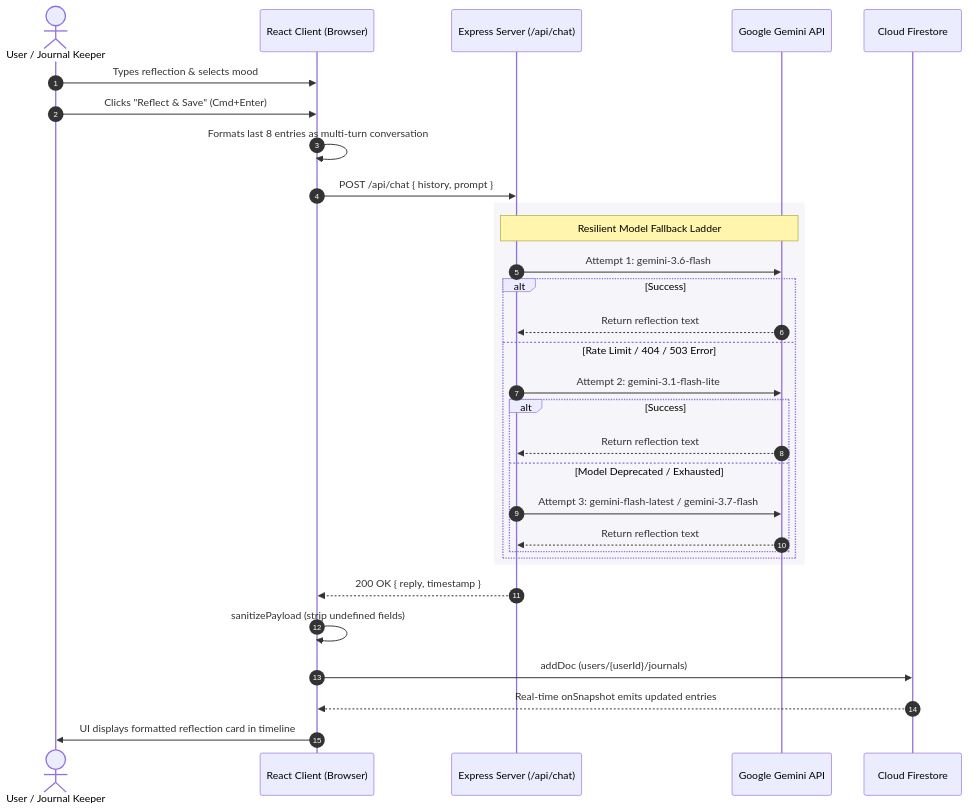
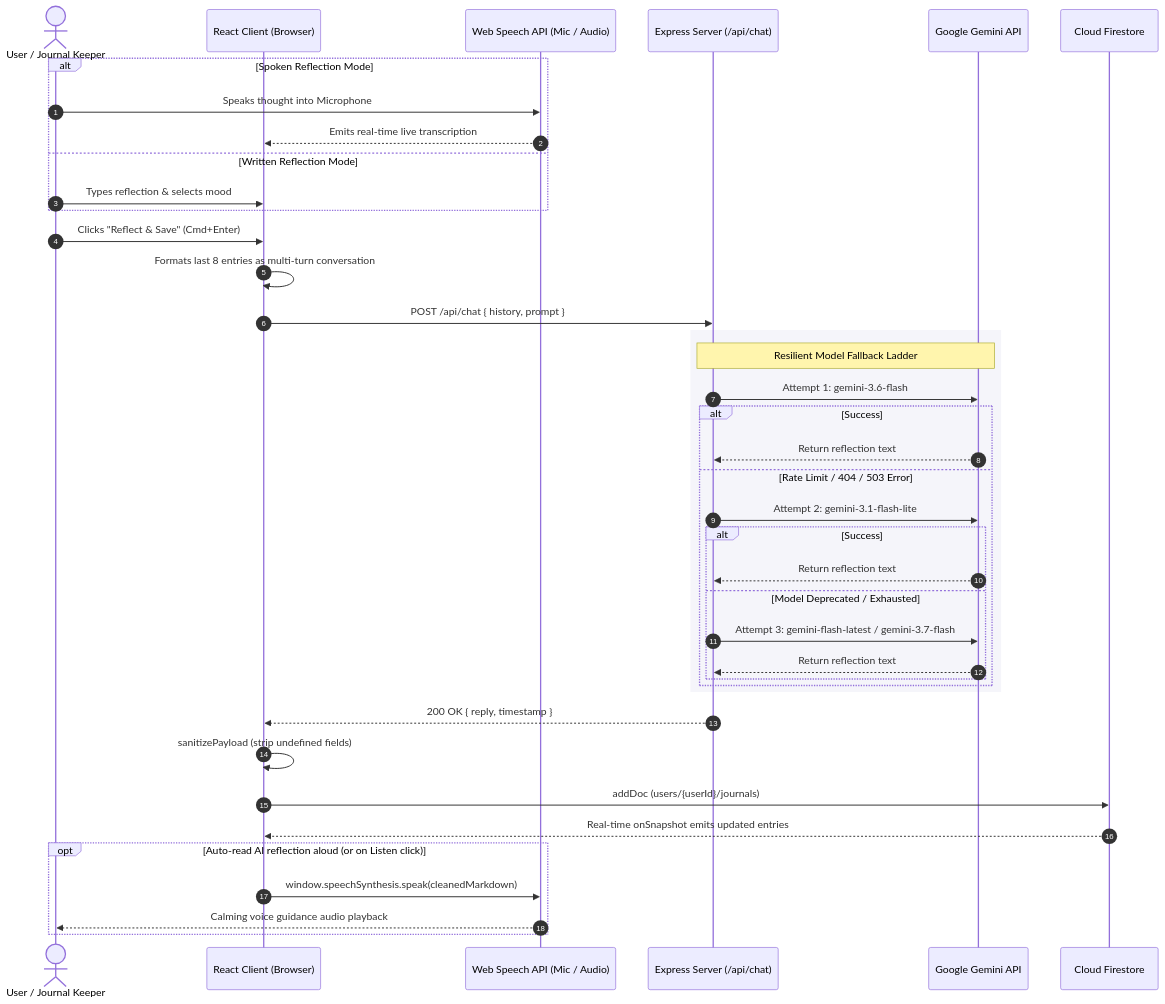
The second of 2 diagrams in README.md (tajpriyadarshi/Reflect-AI), drawn with Mermaid before and after one commit. The commit also changed other lines of this file and 10 other files, not shown here.

First line of the commit message:
feat: integrate Web Speech API for voice support

````diff
--- a/README.md
+++ b/README.md
@@ -47,36 +51,47 @@
 ```mermaid
 sequenceDiagram
     autonumber
     actor User as User / Journal Keeper
     participant Client as React Client (Browser)
+    participant Speech as Web Speech API (Mic / Audio)
     participant Server as Express Server (/api/chat)
     participant Gemini as Google Gemini API
     participant Firestore as Cloud Firestore
 
-    User->>Client: Types reflection & selects mood
+    alt Spoken Reflection Mode
+        User->>Speech: Speaks thought into Microphone
+        Speech-->>Client: Emits real-time live transcription
+    else Written Reflection Mode
+        User->>Client: Types reflection & selects mood
+    end
+
     User->>Client: Clicks "Reflect & Save" (Cmd+Enter)
     Client->>Client: Formats last 8 entries as multi-turn conversation
     Client->>Server: POST /api/chat { history, prompt }
     
     rect rgb(245, 245, 250)
         Note over Server,Gemini: Resilient Model Fallback Ladder
         Server->>Gemini: Attempt 1: gemini-3.6-flash
         alt Success
             Gemini-->>Server: Return reflection text
         else Rate Limit / 404 / 503 Error
             Server->>Gemini: Attempt 2: gemini-3.1-flash-lite
             alt Success
                 Gemini-->>Server: Return reflection text
             else Model Deprecated / Exhausted
                 Server->>Gemini: Attempt 3: gemini-flash-latest / gemini-3.7-flash
                 Gemini-->>Server: Return reflection text
             end
         end
     end
 
     Server-->>Client: 200 OK { reply, timestamp }
     Client->>Client: sanitizePayload (strip undefined fields)
     Client->>Firestore: addDoc (users/{userId}/journals)
     Firestore-->>Client: Real-time onSnapshot emits updated entries
-    Client->>User: UI displays formatted reflection card in timeline
+
+    opt Auto-read AI reflection aloud (or on Listen click)
+        Client->>Speech: window.speechSynthesis.speak(cleanedMarkdown)
+        Speech-->>User: Calming voice guidance audio playback
+    end
 ```
````
